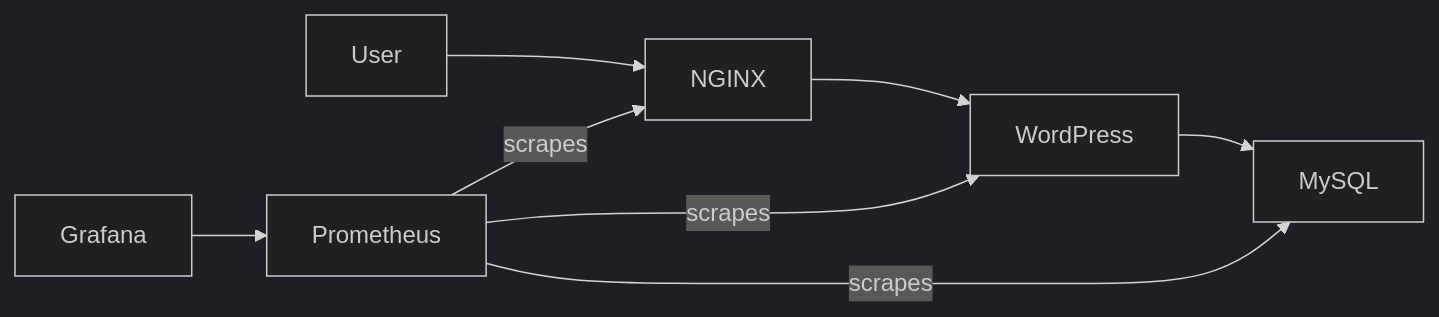
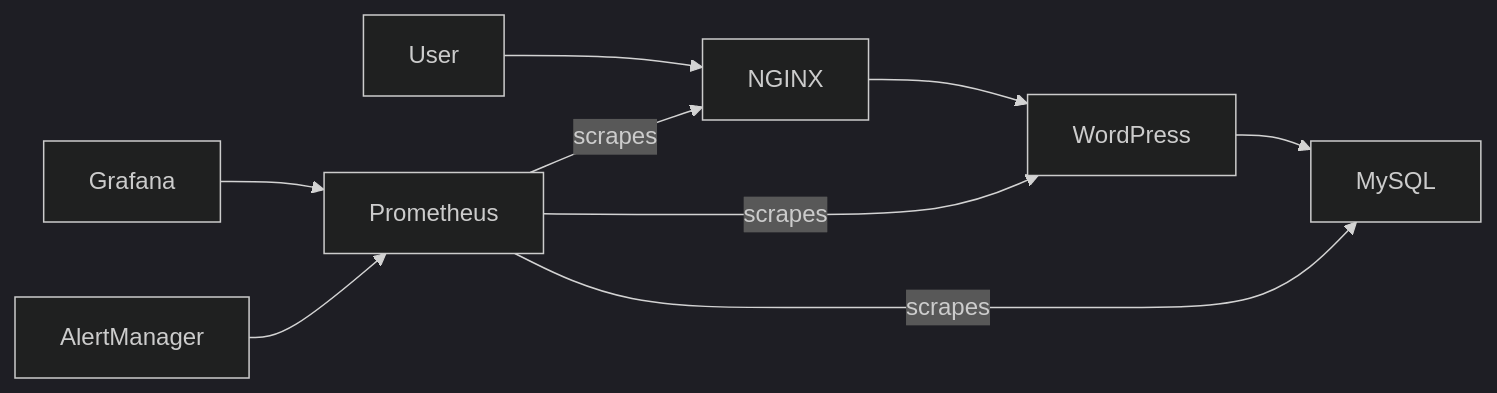
Before and after one commit to RaviRaghuv/Syfe_Intern_Project-main: the diagram in README.md, drawn with Mermaid (dark theme).

Commit message:
Update Prometheus scraping flow in README

````diff
--- a/README.md
+++ b/README.md
@@ -26,12 +26,12 @@
 ```mermaid
 flowchart LR
     User --> NGINX
     NGINX --> WordPress
     WordPress --> MySQL
+    Prometheus -->|scrapes| NGINX
+    Prometheus -->|scrapes| WordPress
+    Prometheus -->|scrapes| MySQL
+    Grafana --> Prometheus
+    AlertManager --> Prometheus
 
-    Prometheus -->|scrapes| WordPress
-    Prometheus -->|scrapes| NGINX
-    Prometheus -->|scrapes| MySQL
-
-    Grafana --> Prometheus
 ```
````
